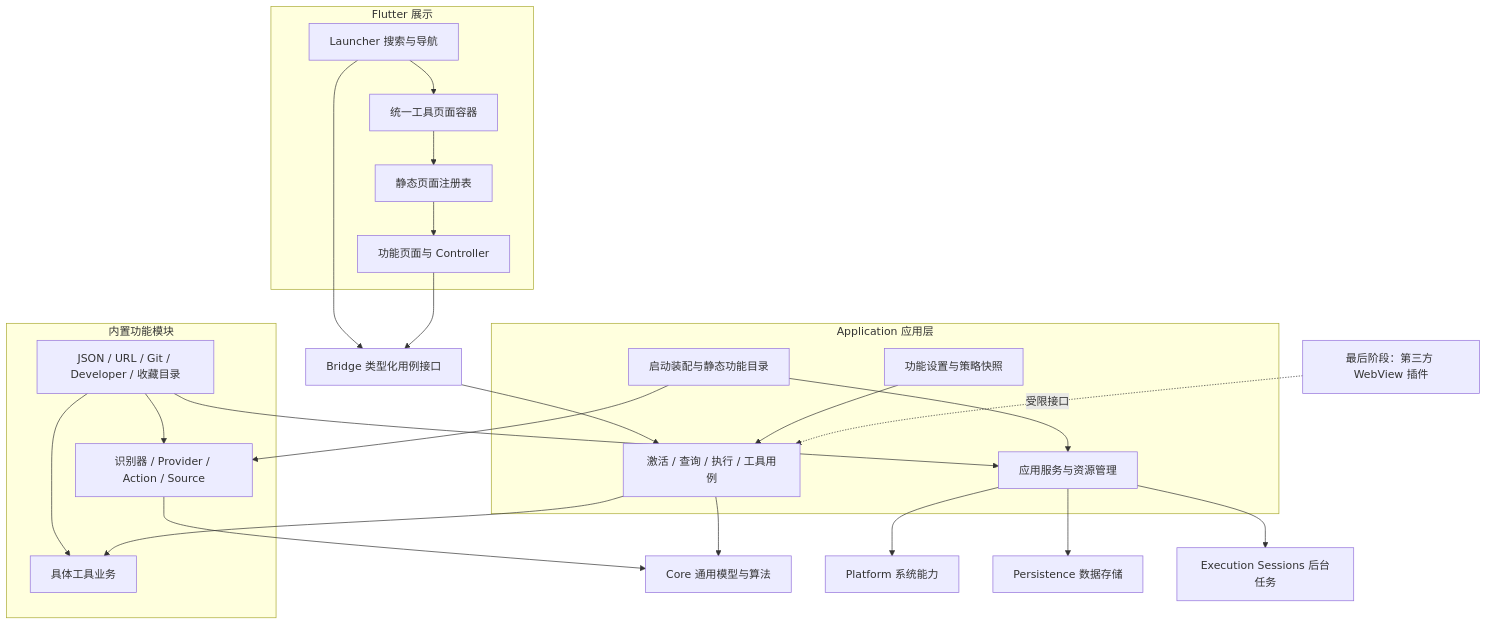
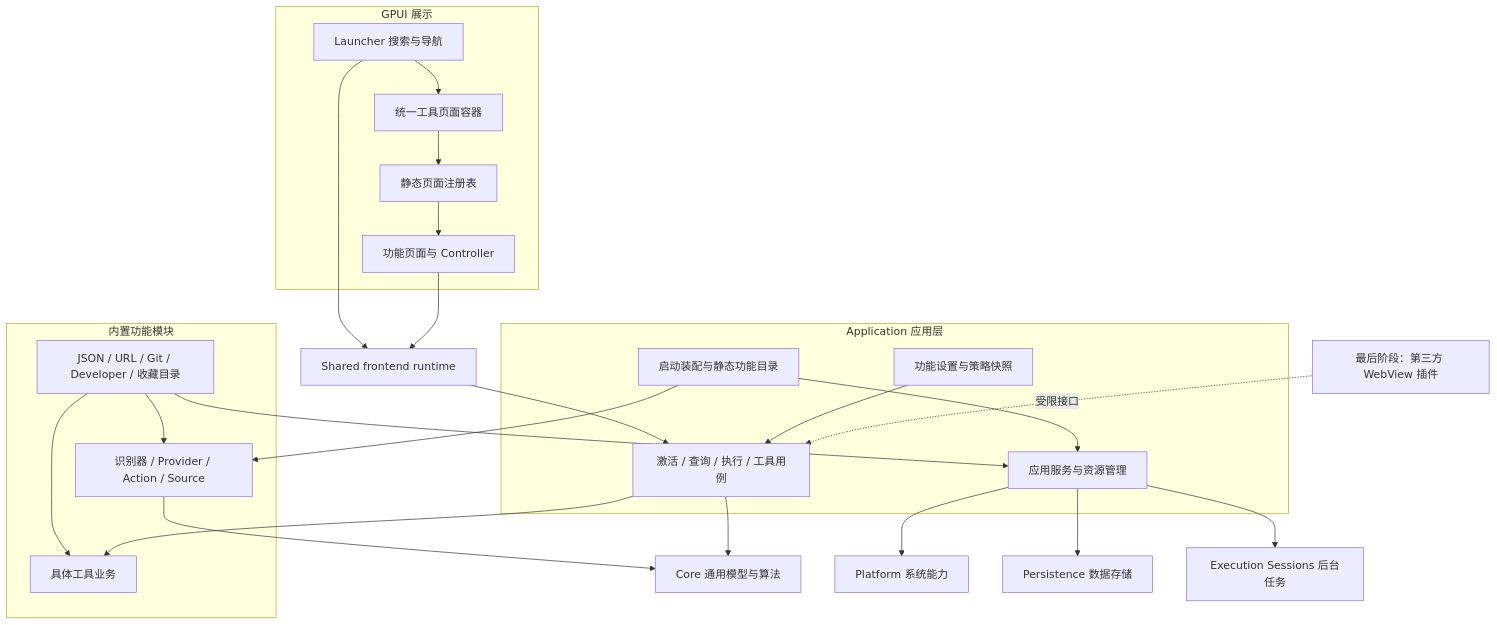
One commit to FantasyDream/Anywhere changed the diagram in docs/research/builtin-feature-modules.md. Above: the diagram before and after it, drawn with Mermaid. The commit also changed other lines of this file and 467 other files, not shown here.

Commit message:
refactor: migrate Anywhere from Flutter to GPUI

````diff
--- a/docs/research/builtin-feature-modules.md
+++ b/docs/research/builtin-feature-modules.md
@@ -18,45 +22,45 @@
 ```mermaid
 flowchart TB
-    subgraph UI[Flutter 展示]
+    subgraph UI[GPUI 展示]
         Launcher[Launcher 搜索与导航]
         Shell[统一工具页面容器]
         Views[静态页面注册表]
         Pages[功能页面与 Controller]
         Launcher --> Shell
         Shell --> Views
         Views --> Pages
     end
-    Bridge[Bridge 类型化用例接口]
+    Bridge[Shared frontend runtime]
     subgraph App[Application 应用层]
         Composition[启动装配与静态功能目录]
         Policy[功能设置与策略快照]
         UseCases[激活 / 查询 / 执行 / 工具用例]
         Services[应用服务与资源管理]
     end
     subgraph Features[内置功能模块]
         Domains[JSON / URL / Git / Developer / 收藏目录]
         Contributions[识别器 / Provider / Action / Source]
         Tools[具体工具业务]
         Domains --> Contributions
         Domains --> Tools
     end
     Core[Core 通用模型与算法]
     Platform[Platform 系统能力]
     Persistence[Persistence 数据存储]
     Tasks[Execution Sessions 后台任务]
     Launcher --> Bridge
     Pages --> Bridge
     Bridge --> UseCases
     Composition --> Contributions
     Composition --> Services
     Policy --> UseCases
     UseCases --> Core
     UseCases --> Tools
     Contributions --> Core
     Domains --> Services
     Services --> Platform
     Services --> Persistence
     Services --> Tasks
     Future[最后阶段：第三方 WebView 插件]
     Future -.受限接口.-> UseCases
 ```
````
